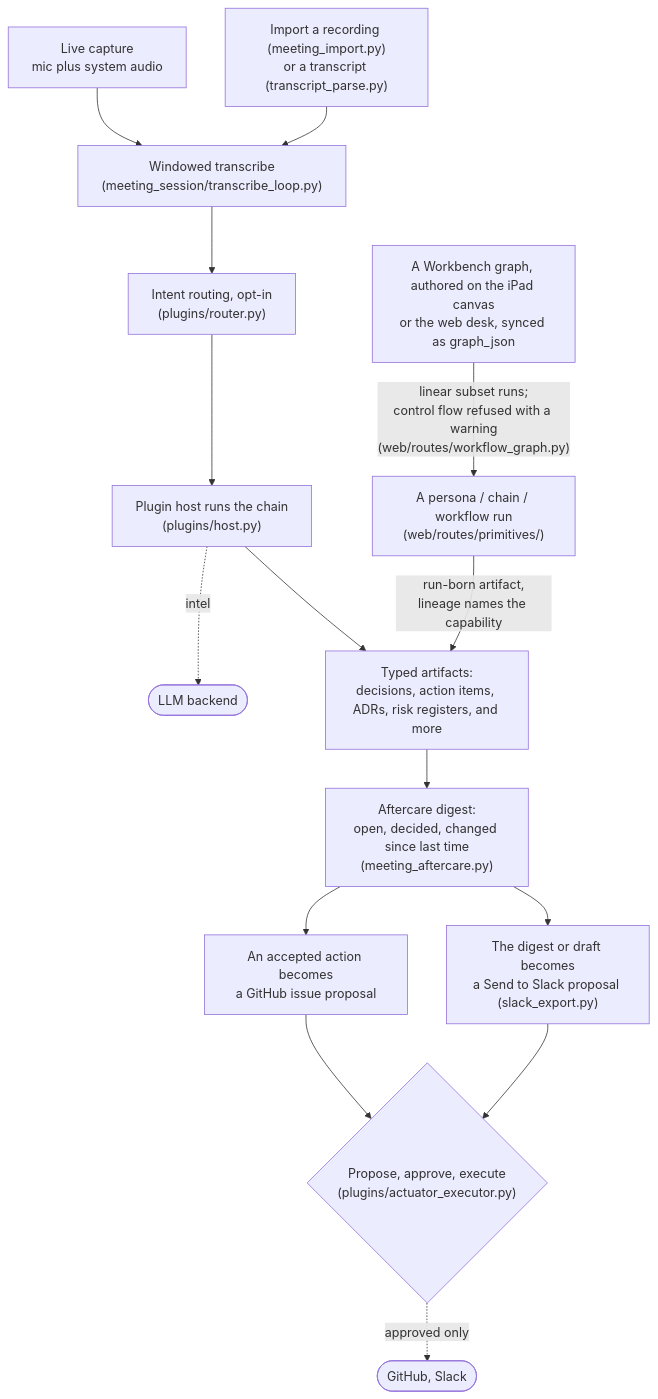
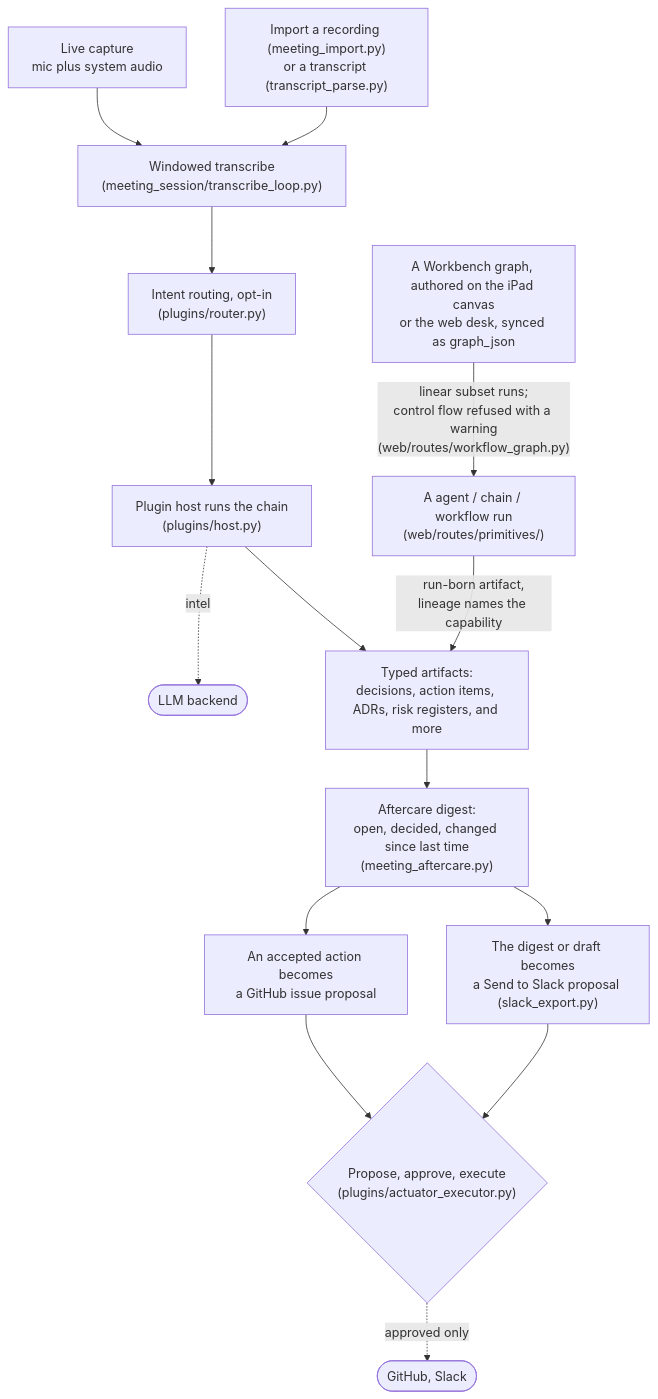
Before and after one commit to karolswdev/HoldSpeak: the sixth of 9 diagrams in docs/ARCHITECTURE.md, drawn with Mermaid. The commit also changed 35 other files, not shown here.

````diff
--- a/docs/ARCHITECTURE.md
+++ b/docs/ARCHITECTURE.md
@@ -258,18 +258,18 @@
 ```mermaid
 flowchart TD
   LIVE["Live capture<br/>mic plus system audio"] --> TRW
   IMP["Import a recording (meeting_import.py)<br/>or a transcript (transcript_parse.py)"] --> TRW
   TRW["Windowed transcribe<br/>(meeting_session/transcribe_loop.py)"] --> ROUTE
   ROUTE["Intent routing, opt-in<br/>(plugins/router.py)"] --> HOST
   HOST["Plugin host runs the chain<br/>(plugins/host.py)"]
   HOST -. "intel" .-> LLM(["LLM backend"])
   HOST --> ART["Typed artifacts:<br/>decisions, action items, ADRs, risk registers, and more"]
-  RUNB["A persona / chain / workflow run<br/>(web/routes/primitives/)"] -- "run-born artifact,<br/>lineage names the capability" --> ART
+  RUNB["A agent / chain / workflow run<br/>(web/routes/primitives/)"] -- "run-born artifact,<br/>lineage names the capability" --> ART
   GRAPH["A Workbench graph, authored on the iPad canvas<br/>or the web desk, synced as graph_json"] -- "linear subset runs;<br/>control flow refused with a warning<br/>(web/routes/workflow_graph.py)" --> RUNB
   ART --> AFT["Aftercare digest:<br/>open, decided, changed since last time<br/>(meeting_aftercare.py)"]
   AFT --> ISSUE["An accepted action becomes<br/>a GitHub issue proposal"]
   AFT --> SLACK["The digest or draft becomes<br/>a Send to Slack proposal (slack_export.py)"]
   ISSUE --> APV{"Propose, approve, execute<br/>(plugins/actuator_executor.py)"}
   SLACK --> APV
   APV -. "approved only" .-> EXT(["GitHub, Slack"])
 ```
````
